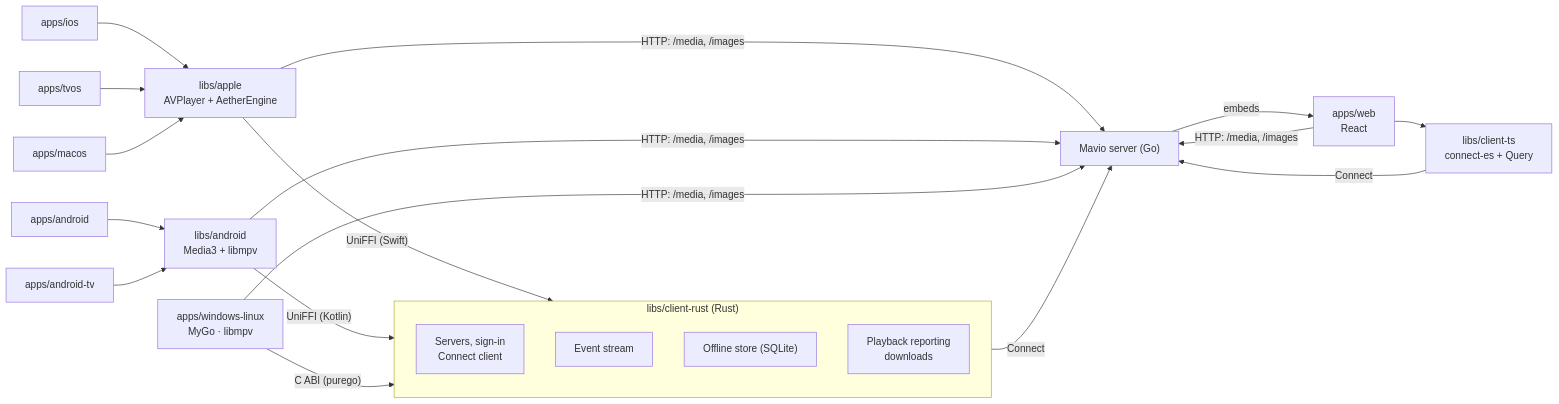
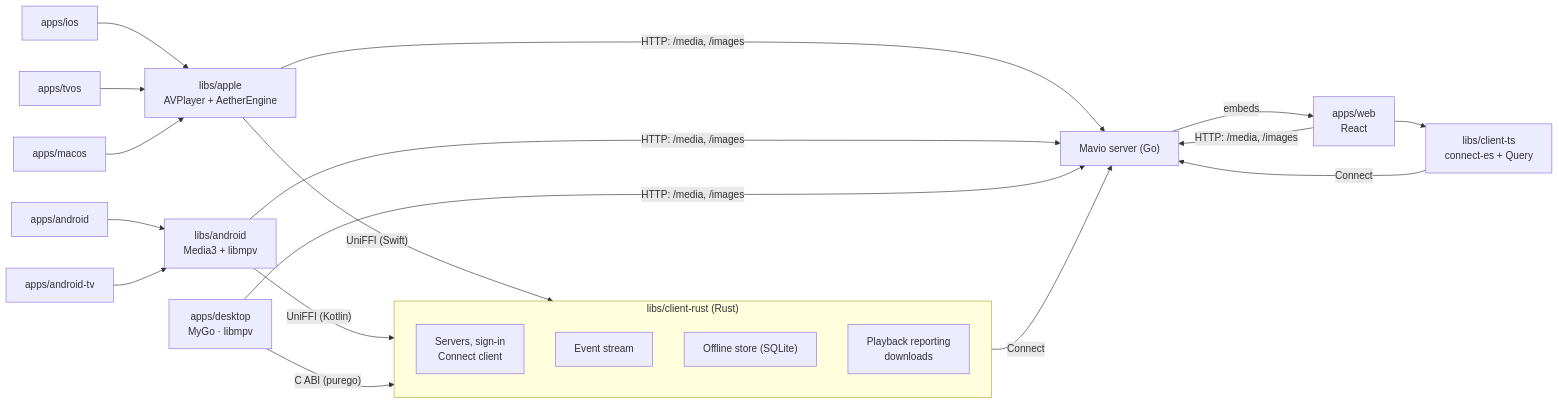
The diagram in docs/clients.md (mavioai/mavio), drawn with Mermaid before and after one commit. The commit also changed other lines of this file and 19 other files, not shown here.

First line of the commit message:
docs: the desktop app, apps/desktop, on macOS, Windows and Linux

````diff
--- a/docs/clients.md
+++ b/docs/clients.md
@@ -37,33 +37,33 @@
 ```mermaid
 flowchart LR
     Server["Mavio server (Go)"]
     Web["apps/web<br/>React"]
     ClientTS["libs/client-ts<br/>connect-es + Query"]
 
     subgraph Core["libs/client-rust (Rust)"]
         Conn["Servers, sign-in<br/>Connect client"]
         Events["Event stream"]
         Store["Offline store (SQLite)"]
         Report["Playback reporting<br/>downloads"]
     end
 
     AppleLib["libs/apple<br/>AVPlayer + AetherEngine"]
     AndroidLib["libs/android<br/>Media3 + libmpv"]
     iOS["apps/ios"]
     tvOS["apps/tvos"]
     macOS["apps/macos"]
     Android["apps/android"]
     AndroidTV["apps/android-tv"]
-    WinLin["apps/windows-linux<br/>MyGo · libmpv"]
+    Desktop["apps/desktop<br/>MyGo · libmpv"]
 
     Server -->|"embeds"| Web
     Web --> ClientTS
     ClientTS -->|"Connect"| Server
     Core -->|"Connect"| Server
     AppleLib -->|"UniFFI (Swift)"| Core
     AndroidLib -->|"UniFFI (Kotlin)"| Core
-    WinLin -->|"C ABI (purego)"| Core
+    Desktop -->|"C ABI (purego)"| Core
     iOS & tvOS & macOS --> AppleLib
     Android & AndroidTV --> AndroidLib
-    Web & AppleLib & AndroidLib & WinLin -->|"HTTP: /media, /images"| Server
+    Web & AppleLib & AndroidLib & Desktop -->|"HTTP: /media, /images"| Server
 ```
````
